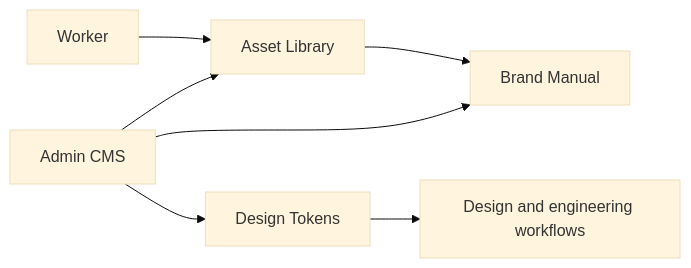
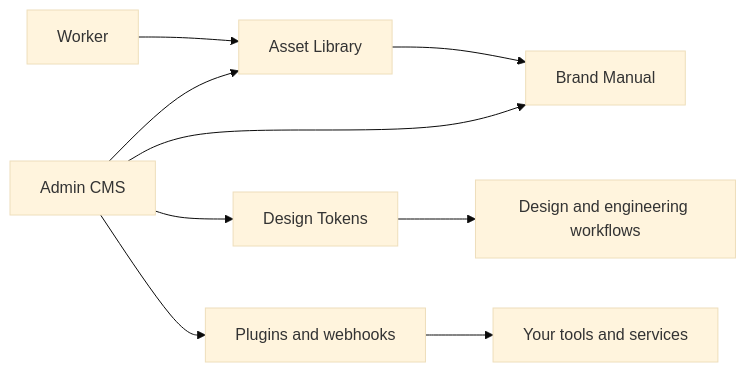
One commit to yaneczech/Brandywine changed the diagram in README.md. Above: the diagram before and after it, drawn with Mermaid (base theme). The commit also changed other lines of this file and 5 other files, not shown here.

````diff
--- a/README.md
+++ b/README.md
@@ -111,9 +129,11 @@
 ```mermaid
 flowchart LR
   A[Admin CMS] --> B[Brand Manual]
   A --> C[Asset Library]
   A --> D[Design Tokens]
   C --> B
   D --> E[Design and engineering workflows]
   F[Worker] --> C
+  A --> G[Plugins and webhooks]
+  G --> H[Your tools and services]
 ```
````
